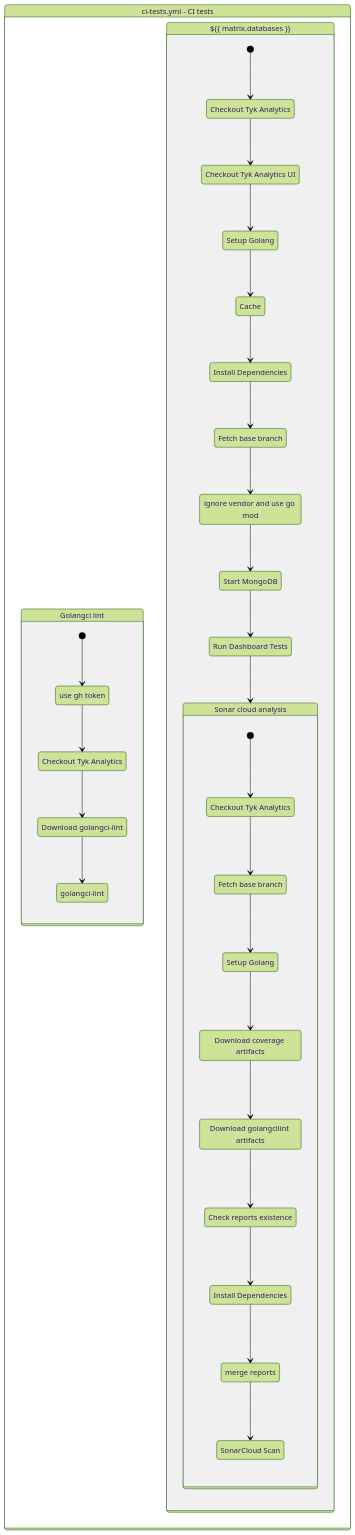
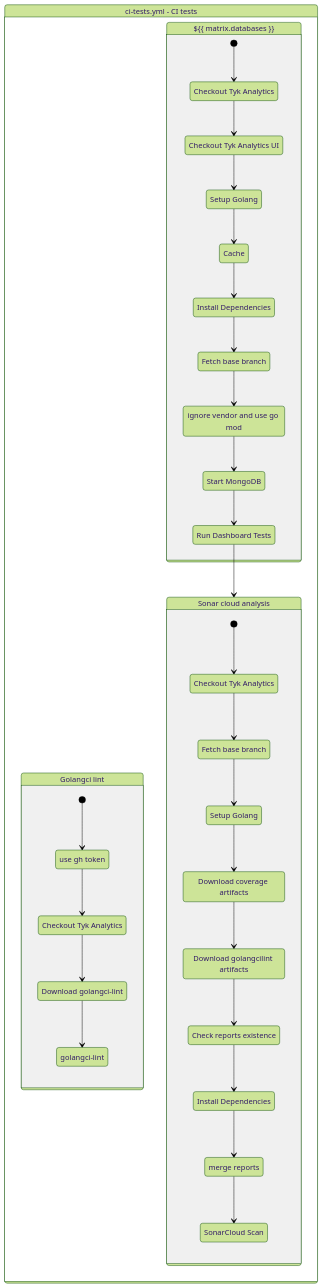
Before and after one commit to TykTechnologies/exp: the diagram in docs/github-actions/tyk-analytics/ci-tests.yml.md, drawn with Mermaid (forest theme). The commit also changed other lines of this file and 7 other files, not shown here.

````diff
--- a/docs/github-actions/tyk-analytics/ci-tests.yml.md
+++ b/docs/github-actions/tyk-analytics/ci-tests.yml.md
@@ -3,62 +3,62 @@
 ```mermaid
 stateDiagram-v2
     workflow : ci-tests.yml - CI tests
     state workflow {
         golangci_lint: Golangci lint
         state golangci_lint {
             [*] --> step0golangci_lint
             step0golangci_lint : use gh token
             step0golangci_lint --> step1golangci_lint
             step1golangci_lint : Checkout Tyk Analytics
             step1golangci_lint --> step2golangci_lint
             step2golangci_lint : Download golangci-lint
             step2golangci_lint --> step3golangci_lint
             step3golangci_lint : golangci-lint
-        }
-
-        sonar_cloud_analysis: Sonar cloud analysis
-        state sonar_cloud_analysis {
-            [*] --> step0sonar_cloud_analysis
-            step0sonar_cloud_analysis : Checkout Tyk Analytics
-            step0sonar_cloud_analysis --> step1sonar_cloud_analysis
-            step1sonar_cloud_analysis : Fetch base branch
-            step1sonar_cloud_analysis --> step2sonar_cloud_analysis
-            step2sonar_cloud_analysis : Setup Golang
-            step2sonar_cloud_analysis --> step3sonar_cloud_analysis
-            step3sonar_cloud_analysis : Download coverage artifacts
-            step3sonar_cloud_analysis --> step4sonar_cloud_analysis
-            step4sonar_cloud_analysis : Download golangcilint artifacts
-            step4sonar_cloud_analysis --> step5sonar_cloud_analysis
-            step5sonar_cloud_analysis : Check reports existence
-            step5sonar_cloud_analysis --> step6sonar_cloud_analysis
-            step6sonar_cloud_analysis : Install Dependencies
-            step6sonar_cloud_analysis --> step7sonar_cloud_analysis
-            step7sonar_cloud_analysis : merge reports
-            step7sonar_cloud_analysis --> step8sonar_cloud_analysis
-            step8sonar_cloud_analysis : SonarCloud Scan
         }
 
         test: ${{ matrix.databases }}
         state test {
             [*] --> step0test
             step0test : Checkout Tyk Analytics
             step0test --> step1test
             step1test : Checkout Tyk Analytics UI
             step1test --> step2test
             step2test : Setup Golang
             step2test --> step3test
             step3test : Cache
             step3test --> step4test
             step4test : Install Dependencies
             step4test --> step5test
             step5test : Fetch base branch
             step5test --> step6test
             step6test : ignore vendor and use go mod
             step6test --> step7test
             step7test : Start MongoDB
             step7test --> step8test
             step8test : Run Dashboard Tests
             step8test --> sonar_cloud_analysis
         }
+
+        sonar_cloud_analysis: Sonar cloud analysis
+        state sonar_cloud_analysis {
+            [*] --> step0sonar_cloud_analysis
+            step0sonar_cloud_analysis : Checkout Tyk Analytics
+            step0sonar_cloud_analysis --> step1sonar_cloud_analysis
+            step1sonar_cloud_analysis : Fetch base branch
+            step1sonar_cloud_analysis --> step2sonar_cloud_analysis
+            step2sonar_cloud_analysis : Setup Golang
+            step2sonar_cloud_analysis --> step3sonar_cloud_analysis
+            step3sonar_cloud_analysis : Download coverage artifacts
+            step3sonar_cloud_analysis --> step4sonar_cloud_analysis
+            step4sonar_cloud_analysis : Download golangcilint artifacts
+            step4sonar_cloud_analysis --> step5sonar_cloud_analysis
+            step5sonar_cloud_analysis : Check reports existence
+            step5sonar_cloud_analysis --> step6sonar_cloud_analysis
+            step6sonar_cloud_analysis : Install Dependencies
+            step6sonar_cloud_analysis --> step7sonar_cloud_analysis
+            step7sonar_cloud_analysis : merge reports
+            step7sonar_cloud_analysis --> step8sonar_cloud_analysis
+            step8sonar_cloud_analysis : SonarCloud Scan
+        }
     }
 ```
````
